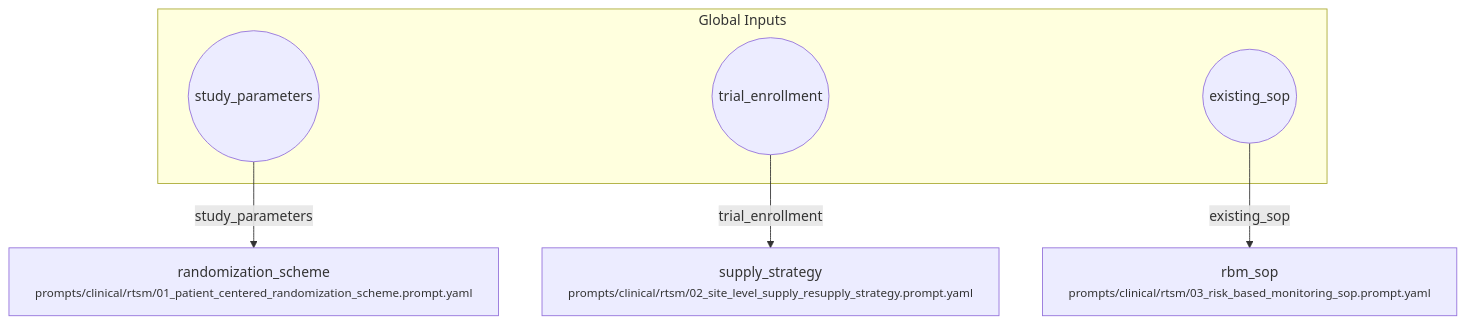
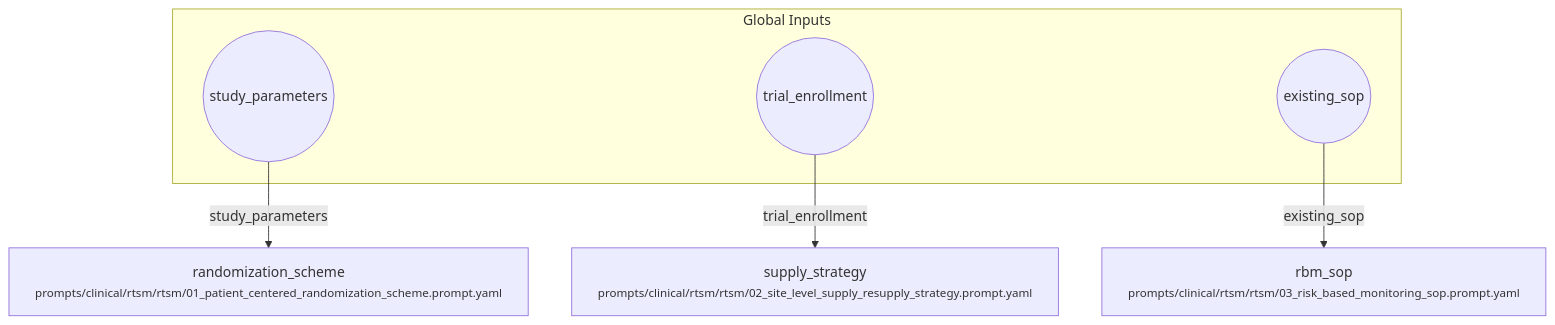
Before and after one commit to fderuiter/proompts: the diagram in workflows/clinical/rtsm.workflow.md, drawn with Mermaid. The commit also changed 31 other files, not shown here.

````diff
--- a/workflows/clinical/rtsm.workflow.md
+++ b/workflows/clinical/rtsm.workflow.md
@@ -7,14 +7,14 @@
 ```mermaid
 flowchart TD
     subgraph Inputs [Global Inputs]
         inp_study_parameters((study_parameters))
         inp_trial_enrollment((trial_enrollment))
         inp_existing_sop((existing_sop))
     end
-    randomization_scheme["randomization_scheme<br/><small>prompts/clinical/rtsm/01_patient_centered_randomization_scheme.prompt.yaml</small>"]
-    supply_strategy["supply_strategy<br/><small>prompts/clinical/rtsm/02_site_level_supply_resupply_strategy.prompt.yaml</small>"]
-    rbm_sop["rbm_sop<br/><small>prompts/clinical/rtsm/03_risk_based_monitoring_sop.prompt.yaml</small>"]
+    randomization_scheme["randomization_scheme<br/><small>prompts/clinical/rtsm/rtsm/01_patient_centered_randomization_scheme.prompt.yaml</small>"]
+    supply_strategy["supply_strategy<br/><small>prompts/clinical/rtsm/rtsm/02_site_level_supply_resupply_strategy.prompt.yaml</small>"]
+    rbm_sop["rbm_sop<br/><small>prompts/clinical/rtsm/rtsm/03_risk_based_monitoring_sop.prompt.yaml</small>"]
     inp_study_parameters -->|study_parameters| randomization_scheme
     inp_trial_enrollment -->|trial_enrollment| supply_strategy
     inp_existing_sop -->|existing_sop| rbm_sop
 ```
````
